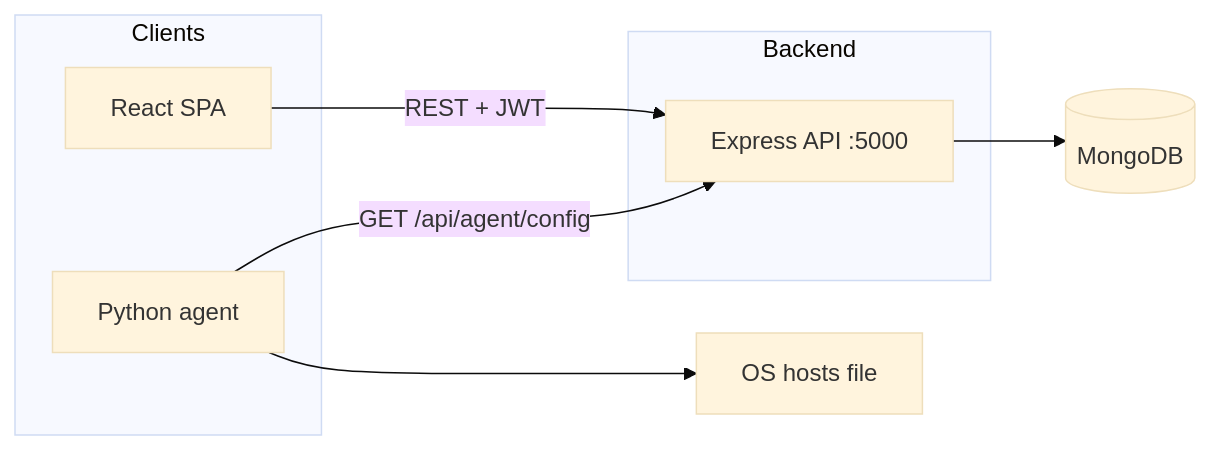
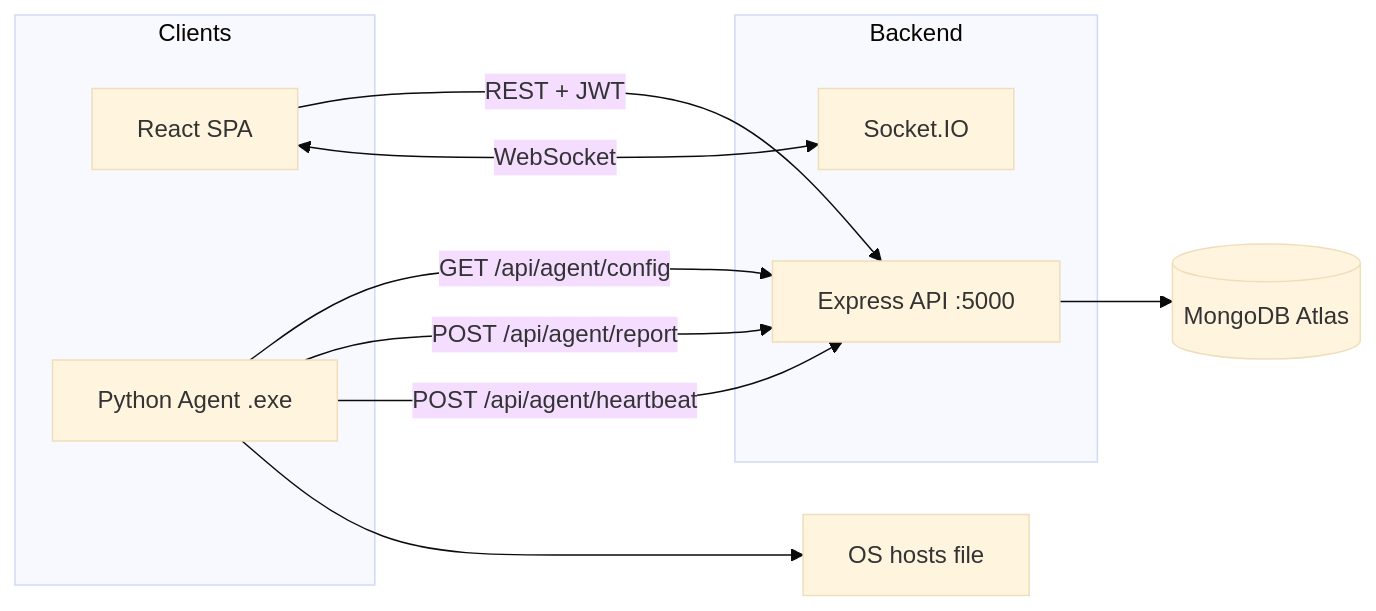
Before and after one commit to SanskarG-20/Academia-Shield: the diagram in README.md, drawn with Mermaid (base theme). The commit also changed other lines of this file, not shown here.

Commit message:
docs: comprehensive README rewrite with all features, CI/CD, agent CLI, and design system docs

````diff
--- a/README.md
+++ b/README.md
@@ -77,15 +116,19 @@
 ```mermaid
 flowchart LR
   subgraph clients [Clients]
     WEB[React SPA]
-    AGENT[Python agent]
+    AGENT[Python Agent .exe]
   end
   subgraph server [Backend]
     API[Express API :5000]
+    SOCKET[Socket.IO]
   end
-  DB[(MongoDB)]
+  DB[(MongoDB Atlas)]
   WEB -->|REST + JWT| API
+  WEB <-->|WebSocket| SOCKET
   AGENT -->|GET /api/agent/config| API
+  AGENT -->|POST /api/agent/report| API
+  AGENT -->|POST /api/agent/heartbeat| API
   API --> DB
   AGENT --> HOSTS[OS hosts file]
 ```
````
